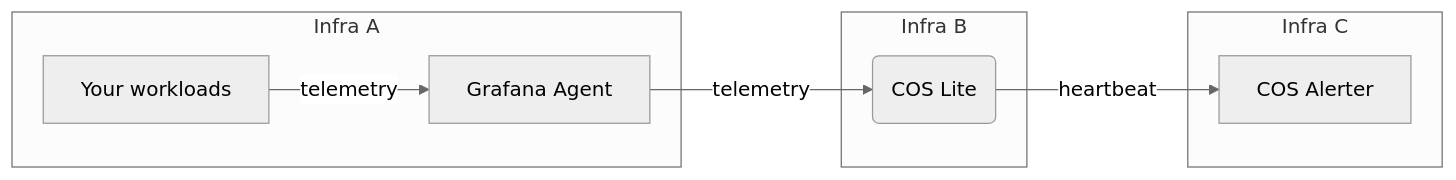
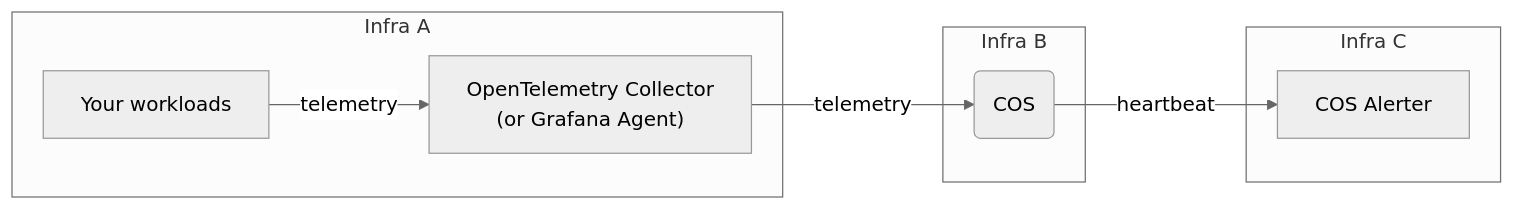
One commit to canonical/observability-stack changed the diagram in docs/reference/deployment-best-practices.md. Above: the diagram before and after it, drawn with Mermaid (neutral theme). The commit also changed other lines of this file and 1 other file, not shown here.

````diff
--- a/docs/reference/deployment-best-practices.md
+++ b/docs/reference/deployment-best-practices.md
@@ -13,17 +77,18 @@
 ```{mermaid}
 flowchart LR
-    subgraph Infra A
-    A[Your workloads] -->|telemetry| GAGENT[Grafana Agent]
-    end
-    
-    subgraph Infra B
-    B(COS Lite)
-    end
 
-    subgraph Infra C
-    C[COS Alerter]
-    end
+subgraph Infra A
+A[Your workloads] -->|telemetry| otelcol["OpenTelemetry Collector<br/>(or Grafana Agent)"]
+end
 
-    GAGENT-->|telemetry| B
-    B -->|heartbeat| C
-```    
+subgraph Infra B
+B(COS)
+end
+
+subgraph Infra C
+C[COS Alerter]
+end
+
+otelcol-->|telemetry| B
+B -->|heartbeat| C
+```
````
